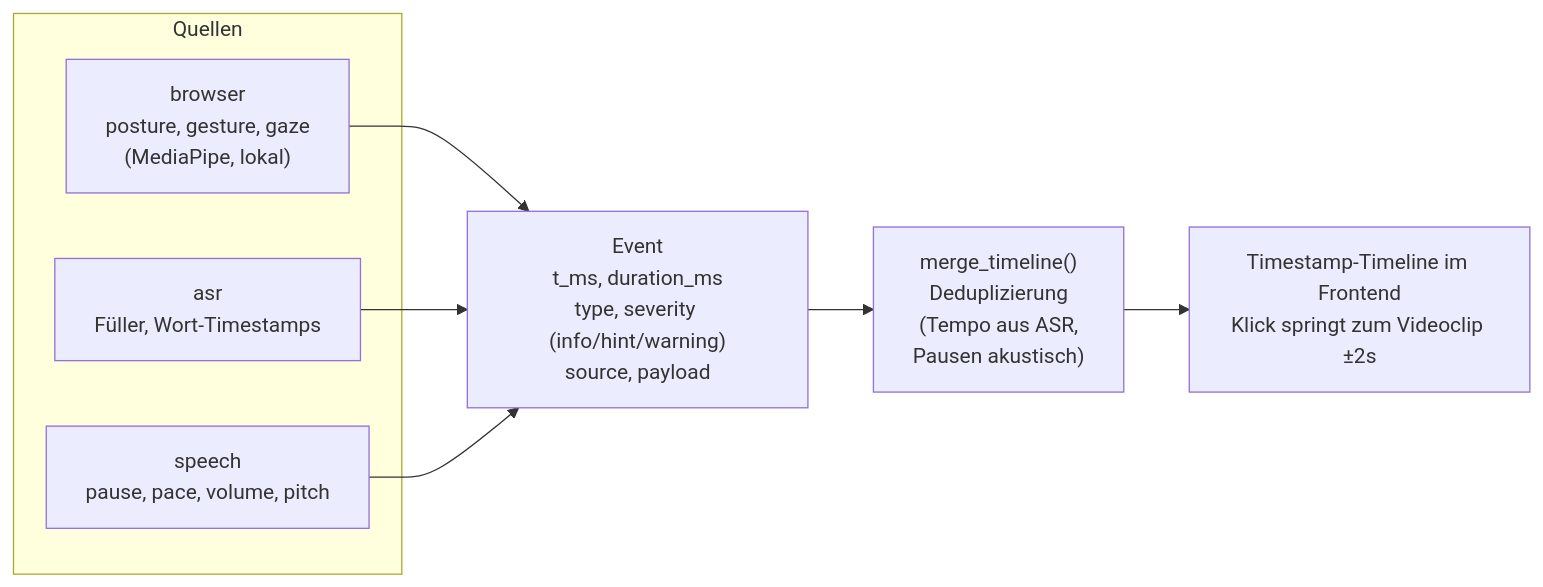
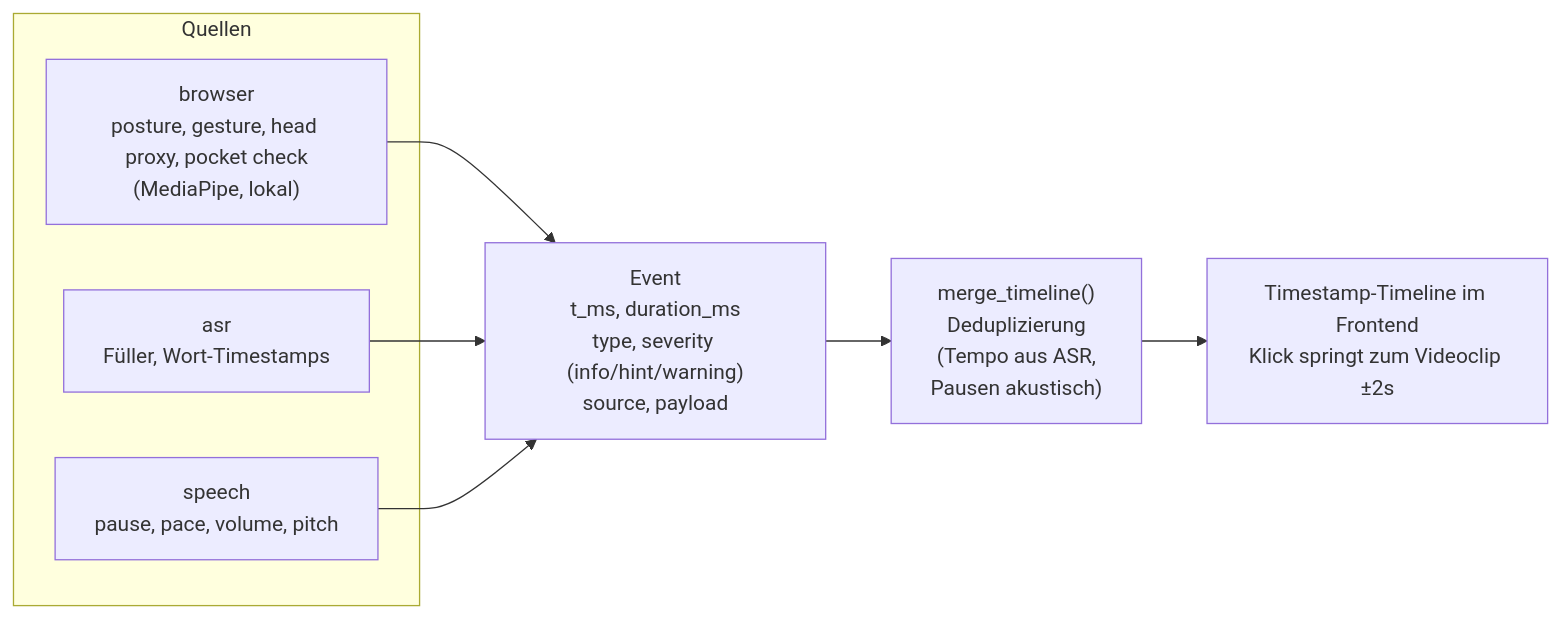
One commit to johannes3502/hackathon-fulda changed the eighth of 9 diagrams in docs/03-architecture.md. Above: the diagram before and after it, drawn with Mermaid. The commit also changed other lines of this file and 13 other files, not shown here.

Commit message:
Add hand landmarker pocket check and single pose status view

````diff
--- a/docs/03-architecture.md
+++ b/docs/03-architecture.md
@@ -248,17 +248,17 @@
 ```mermaid
 flowchart LR
     subgraph Quellen
-        B["browser<br/>posture, gesture, gaze<br/>(MediaPipe, lokal)"]
+        B["browser<br/>posture, gesture, head proxy, pocket check<br/>(MediaPipe, lokal)"]
         A["asr<br/>Füller, Wort-Timestamps"]
         S["speech<br/>pause, pace, volume, pitch"]
     end
 
     EV["Event<br/>t_ms, duration_ms<br/>type, severity (info/hint/warning)<br/>source, payload"]
 
     B --> EV
     A --> EV
     S --> EV
 
     EV --> MT["merge_timeline()<br/>Deduplizierung<br/>(Tempo aus ASR,<br/>Pausen akustisch)"]
     MT --> UI["Timestamp-Timeline im Frontend<br/>Klick springt zum Videoclip ±2s"]
 ```
````
